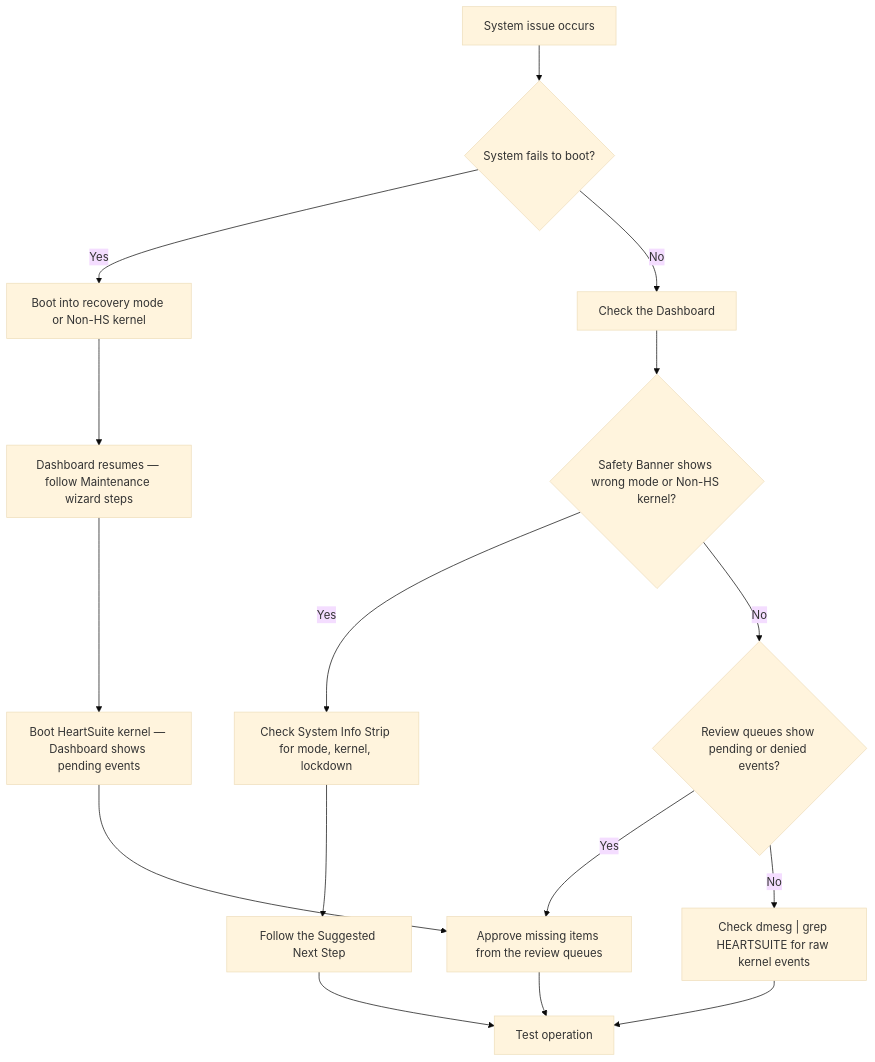
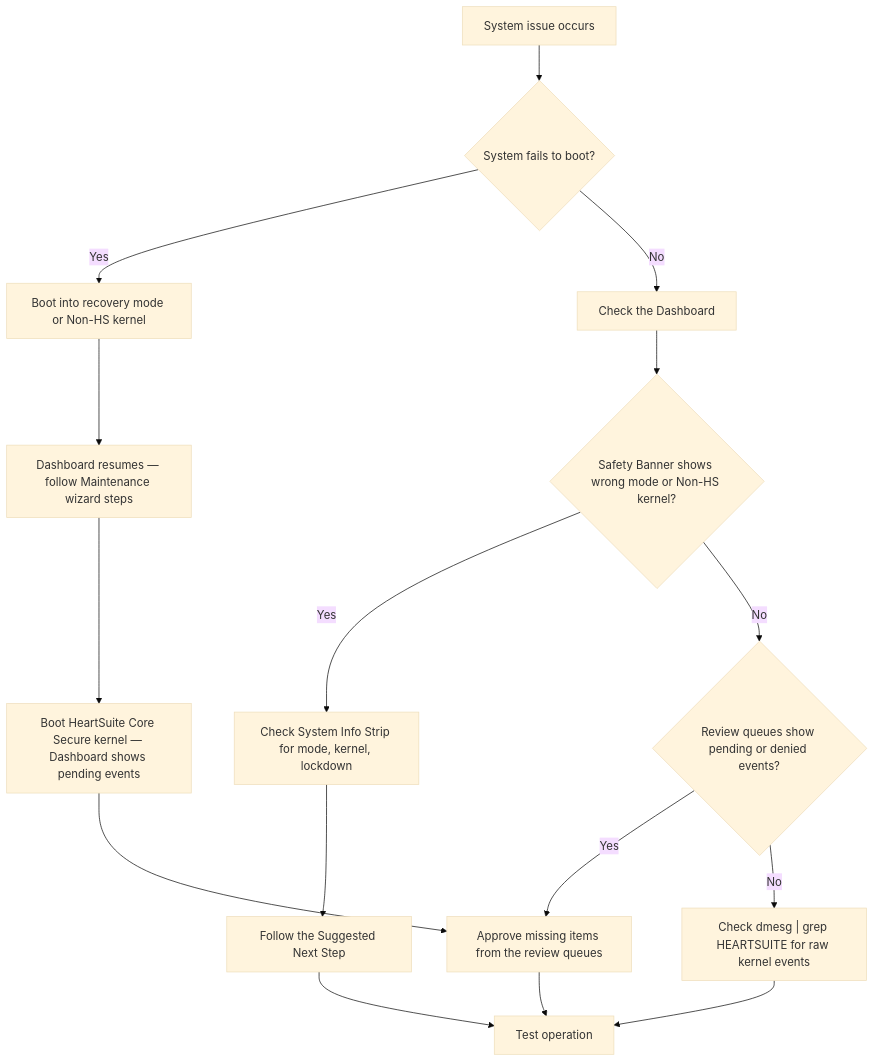
The diagram in content/en/docs/troubleshooting/index.md (HeartSecuritySuite/heartsuite-docs), drawn with Mermaid (base theme) before and after one commit. The commit also changed other lines of this file and 404 other files, not shown here.

````diff
--- a/content/en/docs/troubleshooting/index.md
+++ b/content/en/docs/troubleshooting/index.md
@@ -13,18 +13,18 @@
 ```mermaid
 graph TD;
     A[System issue occurs] --> B{System fails to boot?};
     B -->|Yes| C[Boot into recovery mode or Non-HS kernel];
     C --> D["Dashboard resumes — follow Maintenance wizard steps"];
-    D --> E[Boot HeartSuite kernel — Dashboard shows pending events];
+    D --> E[Boot HeartSuite Core Secure kernel — Dashboard shows pending events];
     B -->|No| F[Check the Dashboard];
     F --> G{Safety Banner shows wrong mode or Non-HS kernel?};
     G -->|Yes| H[Check System Info Strip for mode, kernel, lockdown];
     H --> I[Follow the Suggested Next Step];
     G -->|No| J{Review queues show pending or denied events?};
     J -->|Yes| K[Approve missing items from the review queues];
     J -->|No| L["Check dmesg | grep HEARTSUITE for raw kernel events"];
     E --> K;
     K --> M[Test operation];
     I --> M;
     L --> M;
 ```
````
